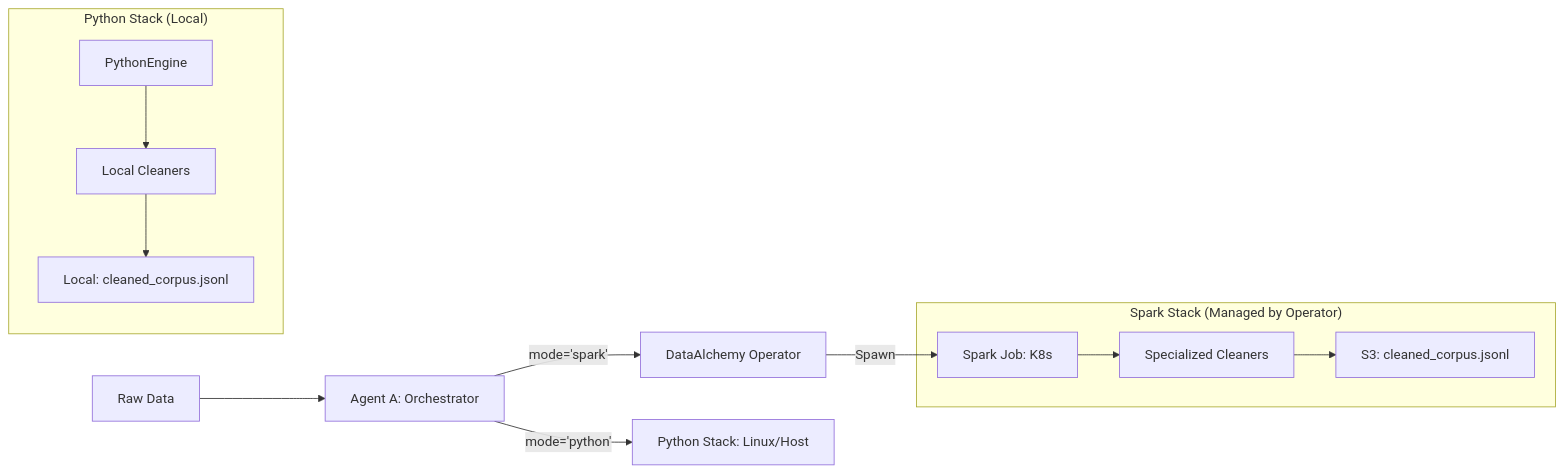
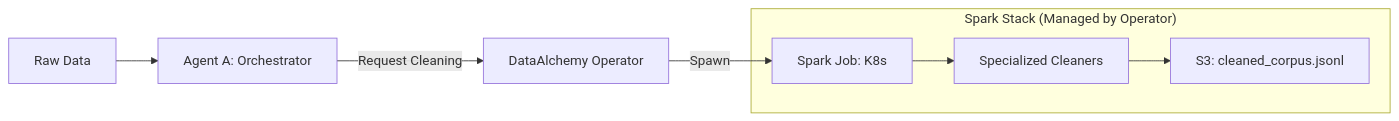
One commit to jiayingsong2023/DataAlchemy changed the second of 2 diagrams in docs/ARCHITECTURE.md. Above: the diagram before and after it, drawn with Mermaid. The commit also changed other lines of this file, not shown here.

Commit message:
Remove the python mode cleaner's description in ARCHITECTURE.md

````diff
--- a/docs/ARCHITECTURE.md
+++ b/docs/ARCHITECTURE.md
@@ -150,19 +150,11 @@
 ```mermaid
 flowchart LR
-    Input[Raw Data] --> AgentA[Agent A: Orchestrator]
-    
-    AgentA -->|mode='spark'| Operator[DataAlchemy Operator]
-    Operator -->|Spawn| SparkJob[Spark Job: K8s]
-    AgentA -->|mode='python'| PythonPath[Python Stack: Linux/Host]
+    Input[Raw Data] --> AgentA["Agent A: Orchestrator"]
+    AgentA -->|"Request Cleaning"| Operator["DataAlchemy Operator"]
+    Operator -->|Spawn| SparkJob["Spark Job: K8s"]
     
     subgraph SparkStack ["Spark Stack (Managed by Operator)"]
         SparkJob --> S_Cleaners[Specialized Cleaners]
         S_Cleaners --> S_Output["S3: cleaned_corpus.jsonl"]
     end
-    
-    subgraph PythonStack ["Python Stack (Local)"]
-        PyEngine[PythonEngine]
-        PyEngine --> P_Cleaners[Local Cleaners]
-        P_Cleaners --> P_Output["Local: cleaned_corpus.jsonl"]
-    end
 ```
````
